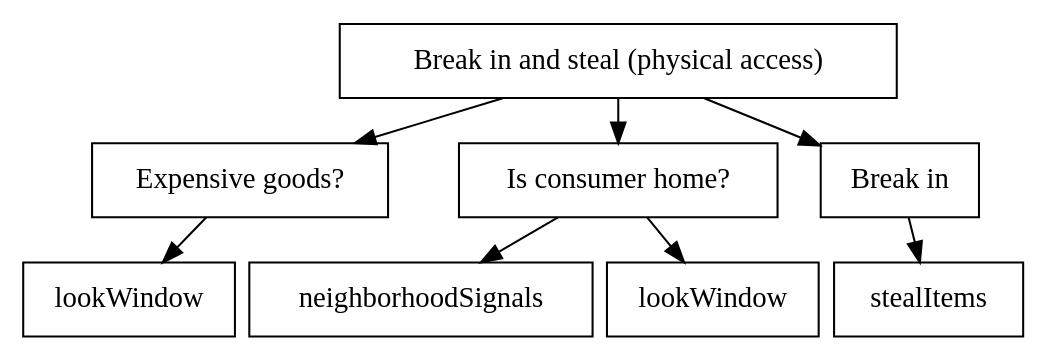
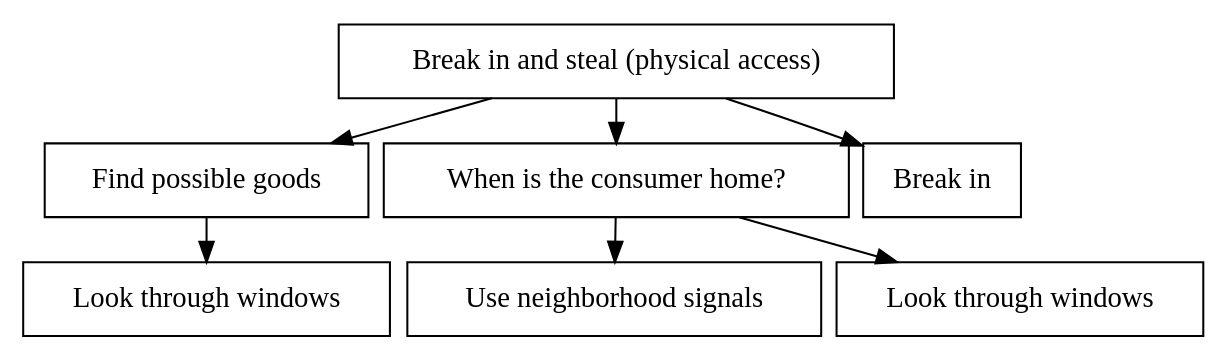
The diagram in figures/graphviz/burglarPhysical.dot (des904e15/report), drawn with Graphviz before and after one commit.

Commit message:
Added sentences. #58

```diff
--- a/figures/graphviz/burglarPhysical.dot
+++ b/figures/graphviz/burglarPhysical.dot
@@ -1,22 +1,23 @@
 digraph G {
 
 graph[ center=true, margin=0.2, nodesep=0.1, ranksep=0.3]
 node[ shape=rectangle]
 
 root [label="Break in and steal (physical access)", shape=AND];
-goodstuff [label="Expensive goods?"];
-atHome [label="Is consumer home?",shape=OR];
+goodstuff [label="Find possible goods"];
+atHome [label="When is the consumer home?", shape=OR];
 breakIn [label="Break in"];
 
 root -> goodstuff;
+lookWindow[label="Look through windows"];
 goodstuff->lookWindow;
 
 root -> atHome;
+neighborhoodSignals[label="Use neighborhood signals"];
 atHome -> neighborhoodSignals;
-lookWindow2[label="lookWindow"];
+lookWindow2[label="Look through windows"];
 atHome -> lookWindow2;
 
 breakIn;
 root ->	breakIn;
-breakIn -> stealItems;
 }
```
